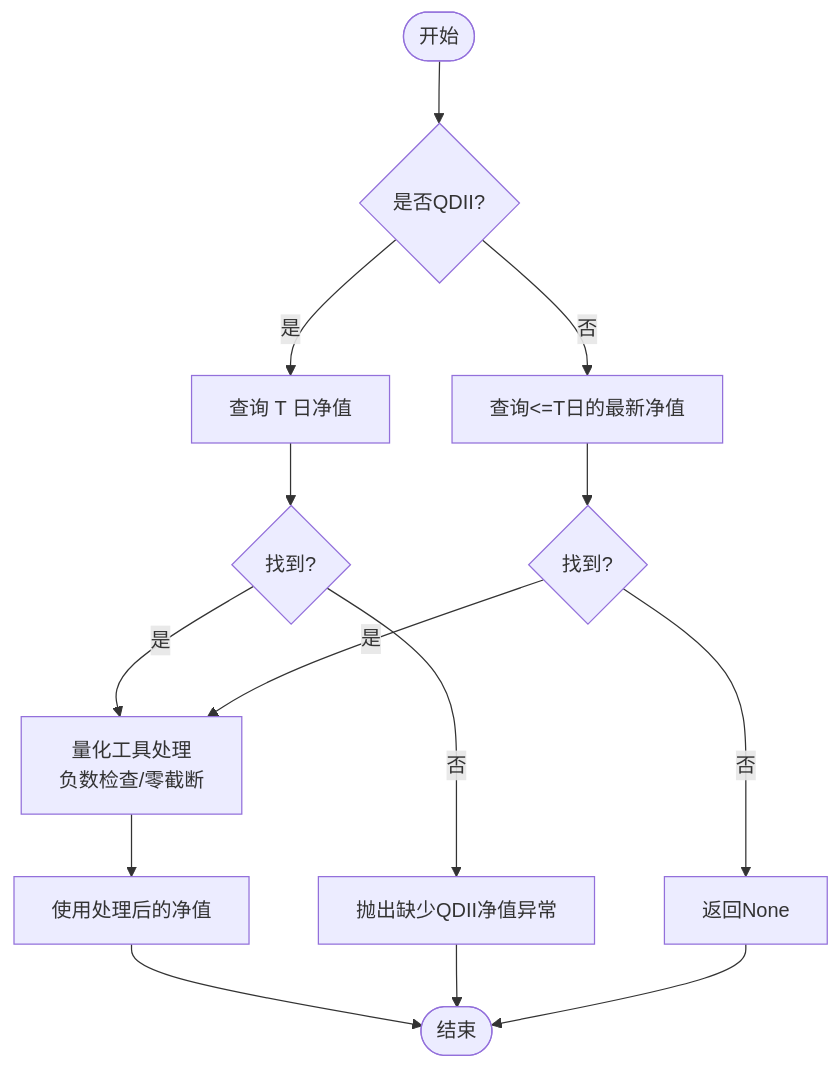
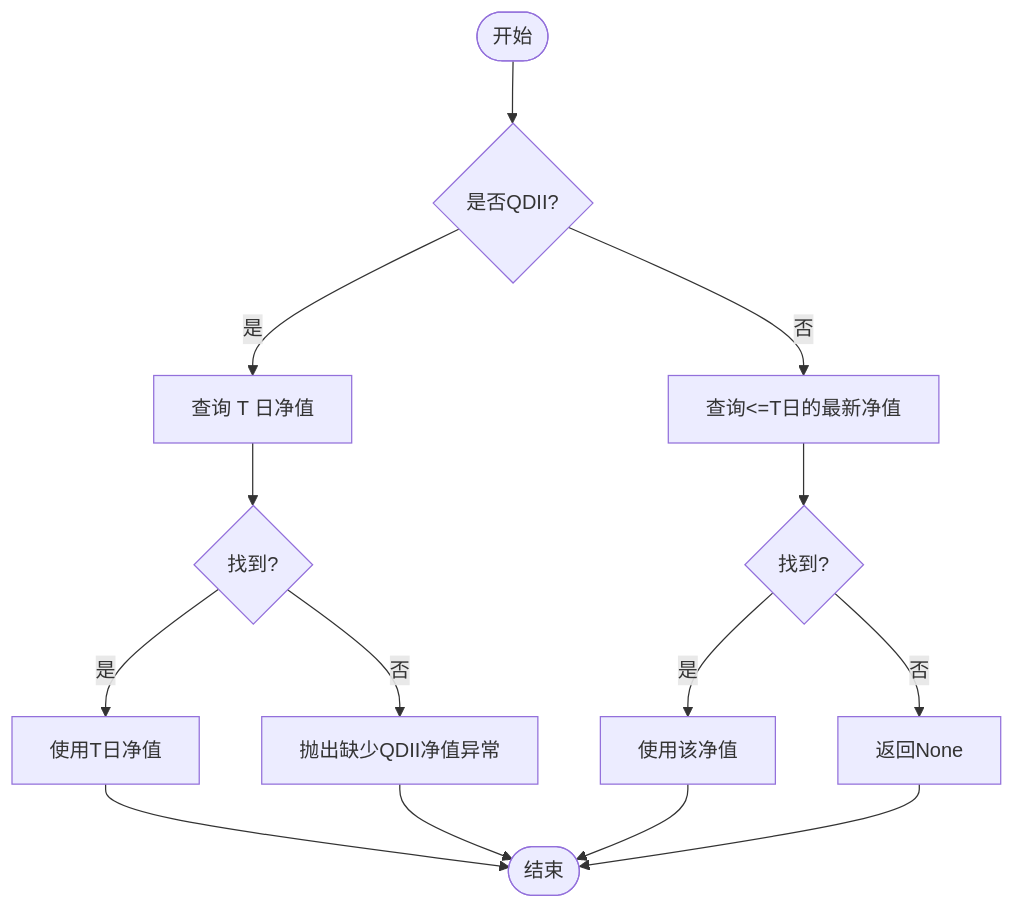
The seventh of 8 diagrams in .qoder/repowiki/zh/content/数据库设计/核心计算公式.md (gujialind/InvestRing), drawn with Mermaid before and after one commit. The commit also changed other lines of this file and 65 other files, not shown here.

````diff
--- a/.qoder/repowiki/zh/content/数据库设计/核心计算公式.md
+++ b/.qoder/repowiki/zh/content/数据库设计/核心计算公式.md
@@ -313,16 +264,16 @@
 ```mermaid
 flowchart TD
 Start(["开始"]) --> IsQDII{"是否QDII?"}
 IsQDII --> |是| FetchT["查询 T 日净值"]
 FetchT --> FoundT{"找到?"}
-FoundT --> |是| QuantCheck["量化工具处理<br/>负数检查/零截断"]
+FoundT --> |是| UseT["使用T日净值"]
 FoundT --> |否| RaiseQDII["抛出缺少QDII净值异常"]
 IsQDII --> |否| FetchRecent["查询<=T日的最新净值"]
 FetchRecent --> FoundR{"找到?"}
-FoundR --> |是| QuantCheck
+FoundR --> |是| UseR["使用该净值"]
 FoundR --> |否| ReturnNone["返回None"]
-QuantCheck --> UseValue["使用处理后的净值"]
-UseValue --> End(["结束"])
+UseT --> End(["结束"])
+UseR --> End
 RaiseQDII --> End
 ReturnNone --> End
 ```
````
